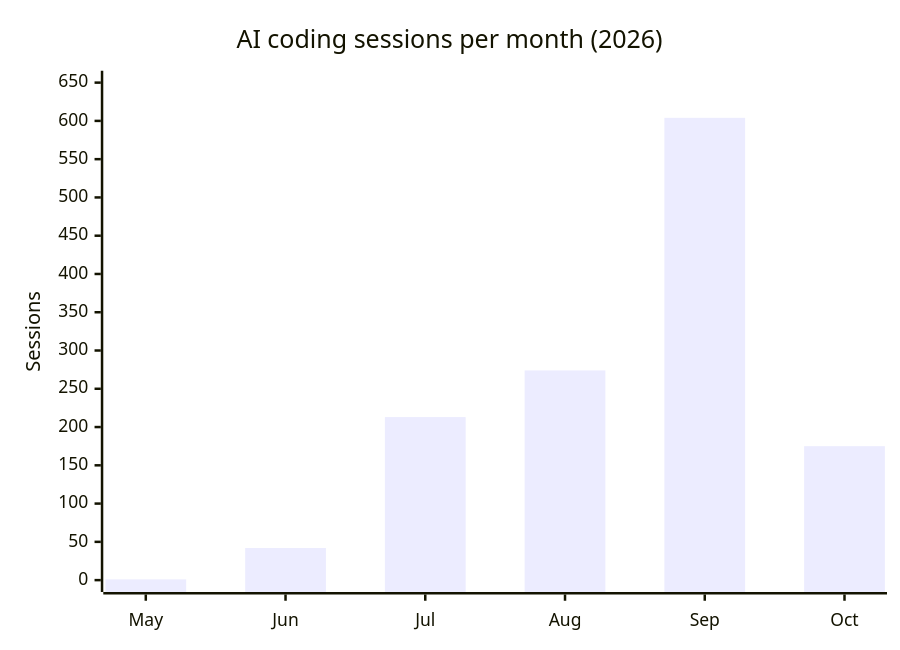
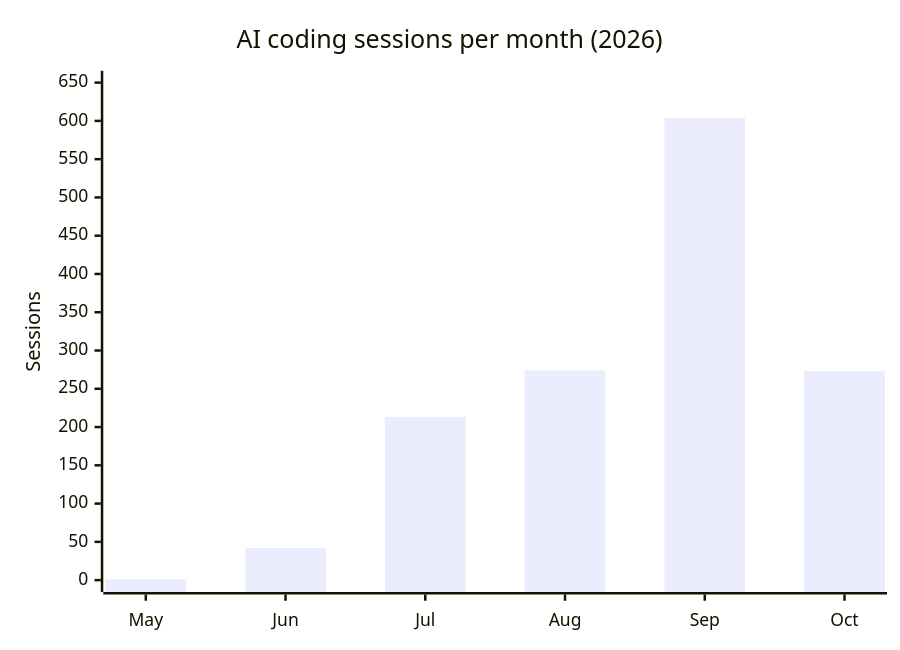
Before and after one commit to loryanstrant/loryanstrant: the diagram in VIBE-CODING.md, drawn with Mermaid.

Commit message:
chore: refresh AI sessions chart

````diff
--- a/VIBE-CODING.md
+++ b/VIBE-CODING.md
@@ -14,7 +14,7 @@
 ```mermaid
 xychart-beta
     title "AI coding sessions per month (2026)"
     x-axis ["May", "Jun", "Jul", "Aug", "Sep", "Oct"]
     y-axis "Sessions" 0 --> 650
-    bar [1, 42, 213, 274, 604, 175]
+    bar [1, 42, 213, 274, 604, 273]
 ```
````
